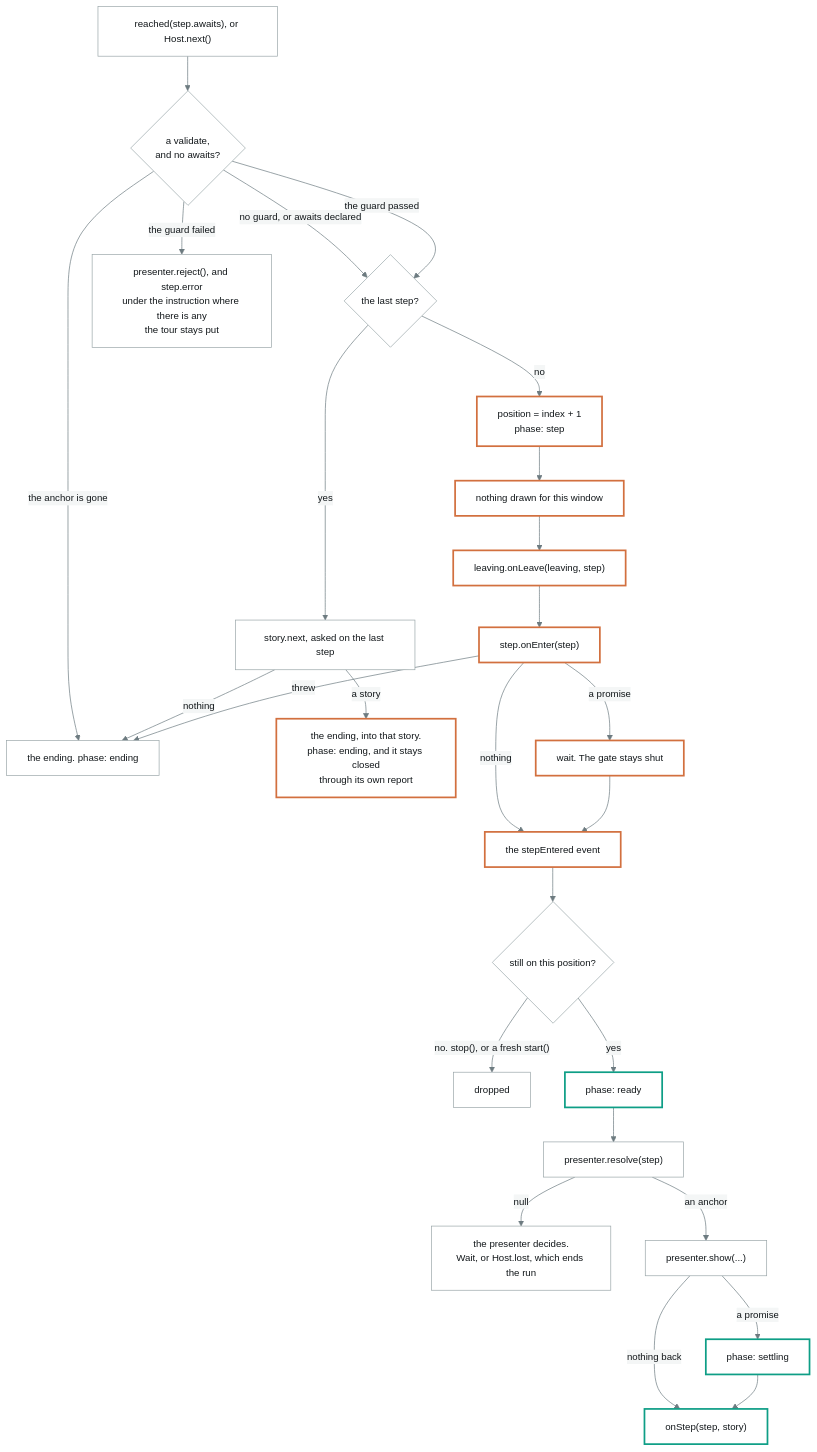
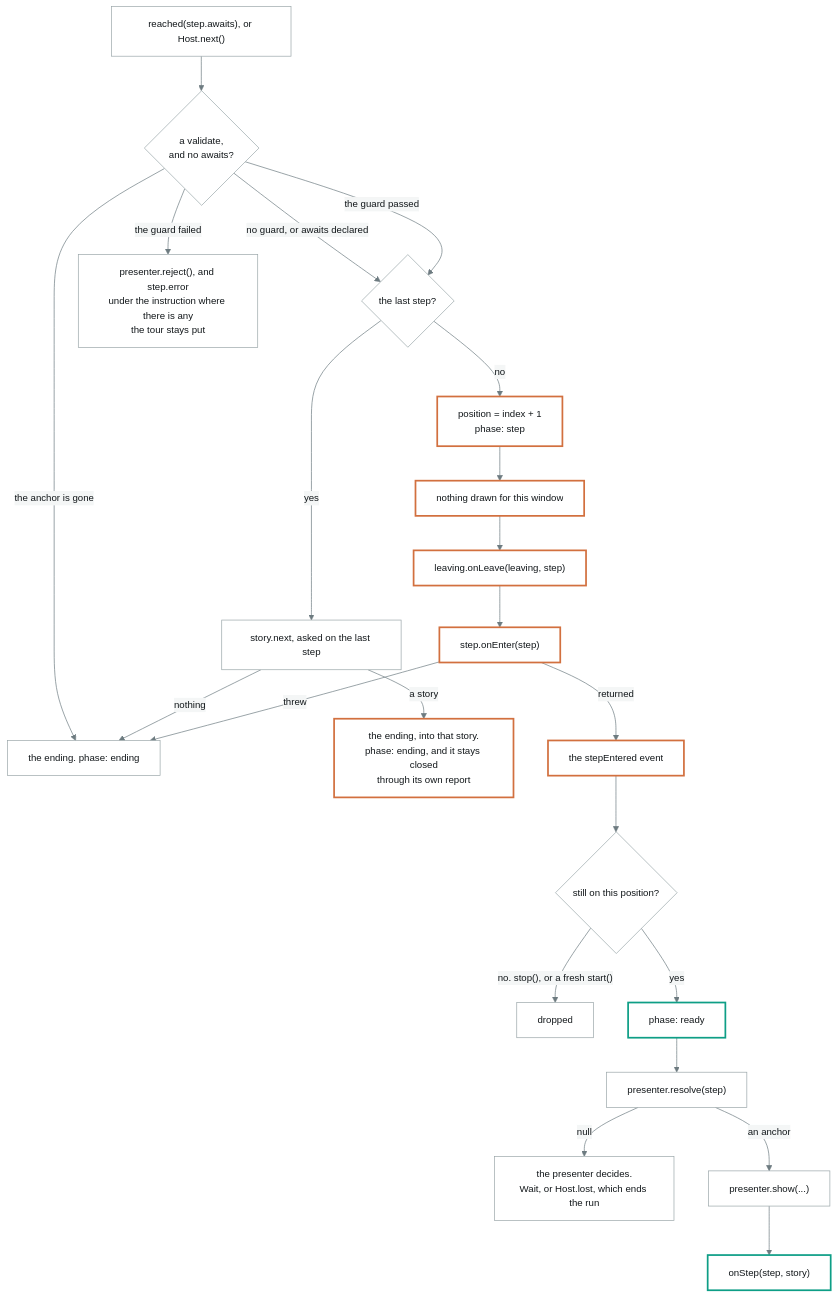
One commit to annetaan/leko changed the second of 2 diagrams in packages/machine/model/phases.md. Above: the diagram before and after it, drawn with Mermaid. The commit also changed other lines of this file and 33 other files, not shown here.

````diff
--- a/packages/machine/model/phases.md
+++ b/packages/machine/model/phases.md
@@ -126,34 +115,30 @@
 ```mermaid
 %%{init: {'theme':'base','themeVariables':{'background':'#F4F6F6','primaryColor':'#FFFFFF','primaryTextColor':'#12171A','primaryBorderColor':'#9AA6A9','lineColor':'#6D7B80','textColor':'#12171A','edgeLabelBackground':'#F4F6F6','tertiaryColor':'#E9EDED','tertiaryTextColor':'#12171A','fontSize':'14px'}}}%%
 flowchart TD
   A["reached(step.awaits), or Host.next()"] --> V{"a validate,<br>and no awaits?"}
   V -- "no guard, or awaits declared" --> B{"the last step?"}
   V -- "the guard passed" --> B
   V -- "the anchor is gone" --> Z["the ending. phase: ending"]
   V -- "the guard failed" --> S["presenter.reject(), and step.error<br>under the instruction where there is any<br>the tour stays put"]
   B -- "yes" --> N["story.next, asked on the last step"]
   N -- "a story" --> Y["the ending, into that story.<br>phase: ending, and it stays closed<br>through its own report"]
   N -- "nothing" --> Z
   B -- "no" --> C["position = index + 1<br>phase: step"]
   C --> D["nothing drawn for this window"]
   D --> E["leaving.onLeave(leaving, step)"]
   E --> F["step.onEnter(step)"]
   F -- "threw" --> Z
-  F -- "a promise" --> G["wait. The gate stays shut"]
-  F -- "nothing" --> H["the stepEntered event"]
-  G --> H
+  F -- "returned" --> H["the stepEntered event"]
   H --> I{"still on this position?"}
   I -- "no. stop(), or a fresh start()" --> X["dropped"]
   I -- "yes" --> J["phase: ready"]
   J --> K["presenter.resolve(step)"]
   K -- "null" --> L["the presenter decides.<br>Wait, or Host.lost, which ends the run"]
   K -- "an anchor" --> M["presenter.show(...)"]
-  M -- "nothing back" --> P["onStep(step, story)"]
-  M -- "a promise" --> O["phase: settling"]
-  O --> P
+  M --> P["onStep(step, story)"]
 
   classDef open stroke:#0E9E86,stroke-width:2.5px
   classDef shut stroke:#D2703F,stroke-width:2.5px
-  class C,D,E,F,G,H,Y shut
-  class J,O,P open
+  class C,D,E,F,H,Y shut
+  class J,P open
 ```
````
